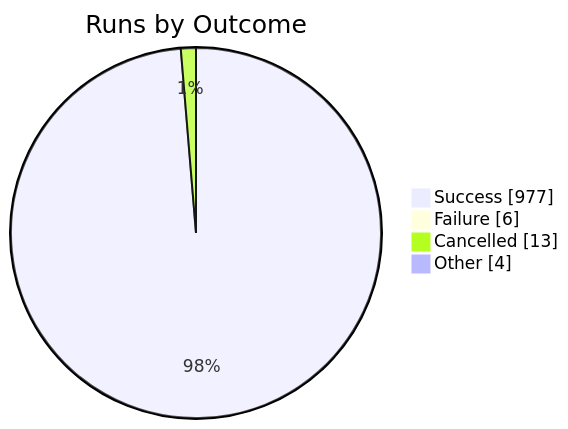
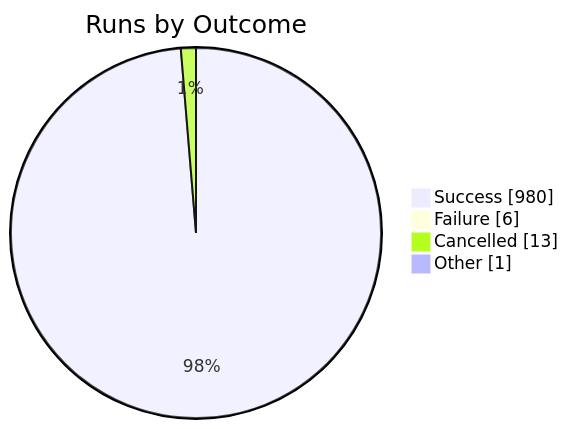
One commit to KBVE/kbve changed the first of 2 diagrams in apps/kbve/astro-kbve/src/content/docs/dashboard/ci-health.mdx. Above: the diagram before and after it, drawn with Mermaid. The commit also changed other lines of this file and 1 other file, not shown here.

````diff
--- a/apps/kbve/astro-kbve/src/content/docs/dashboard/ci-health.mdx
+++ b/apps/kbve/astro-kbve/src/content/docs/dashboard/ci-health.mdx
@@ -189,8 +189,8 @@
 ```mermaid
 pie showData
     title Runs by Outcome
-    "Success" : 977
+    "Success" : 980
     "Failure" : 6
     "Cancelled" : 13
-    "Other" : 4
+    "Other" : 1
 ```
````
